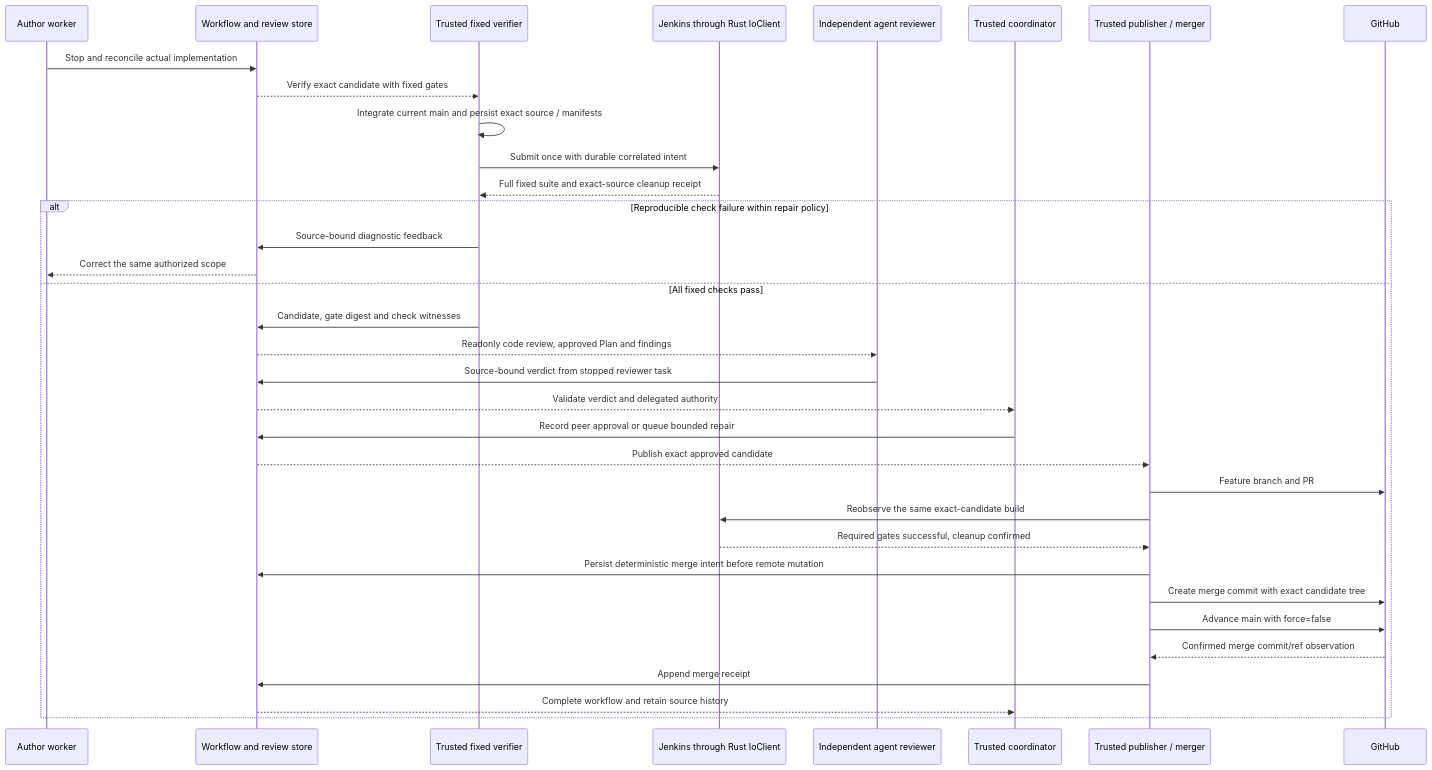
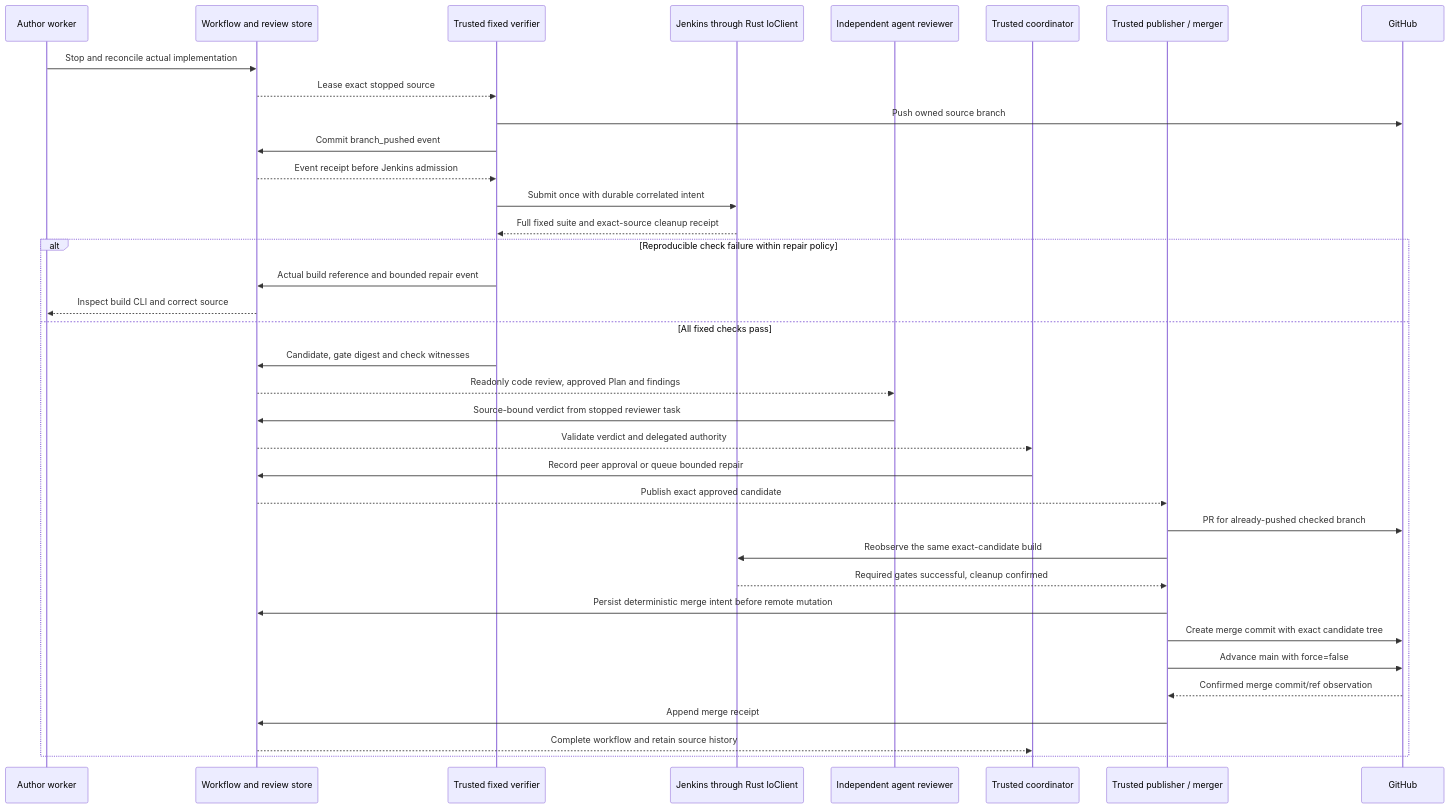
Before and after one commit to roachmaster/homelab: the third of 3 diagrams in docs/architecture/proposals/forge-autonomous-agent-workflow.md, drawn with Mermaid. The commit also changed other lines of this file and 4 other files, not shown here.

Commit message:
Document the event-driven push build merge repair loop and verified cutover

````diff
--- a/docs/architecture/proposals/forge-autonomous-agent-workflow.md
+++ b/docs/architecture/proposals/forge-autonomous-agent-workflow.md
@@ -124,36 +124,38 @@
 ```mermaid
 sequenceDiagram
     participant A as Author worker
     participant DB as Workflow and review store
     participant V as Trusted fixed verifier
     participant J as Jenkins through Rust IoClient
     participant R as Independent agent reviewer
     participant C as Trusted coordinator
     participant P as Trusted publisher / merger
     participant GH as GitHub
     A->>DB: Stop and reconcile actual implementation
-    DB-->>V: Verify exact candidate with fixed gates
-    V->>V: Integrate current main and persist exact source / manifests
+    DB-->>V: Lease exact stopped source
+    V->>GH: Push owned source branch
+    V->>DB: Commit branch_pushed event
+    DB-->>V: Event receipt before Jenkins admission
     V->>J: Submit once with durable correlated intent
     J-->>V: Full fixed suite and exact-source cleanup receipt
     alt Reproducible check failure within repair policy
-        V->>DB: Source-bound diagnostic feedback
-        DB-->>A: Correct the same authorized scope
+        V->>DB: Actual build reference and bounded repair event
+        DB-->>A: Inspect build CLI and correct source
     else All fixed checks pass
         V->>DB: Candidate, gate digest and check witnesses
         DB-->>R: Readonly code review, approved Plan and findings
         R->>DB: Source-bound verdict from stopped reviewer task
         DB-->>C: Validate verdict and delegated authority
         C->>DB: Record peer approval or queue bounded repair
         DB-->>P: Publish exact approved candidate
-        P->>GH: Feature branch and PR
+        P->>GH: PR for already-pushed checked branch
         P->>J: Reobserve the same exact-candidate build
         J-->>P: Required gates successful, cleanup confirmed
         P->>DB: Persist deterministic merge intent before remote mutation
         P->>GH: Create merge commit with exact candidate tree
         P->>GH: Advance main with force=false
         GH-->>P: Confirmed merge commit/ref observation
         P->>DB: Append merge receipt
         DB-->>C: Complete workflow and retain source history
     end
 ```
````
